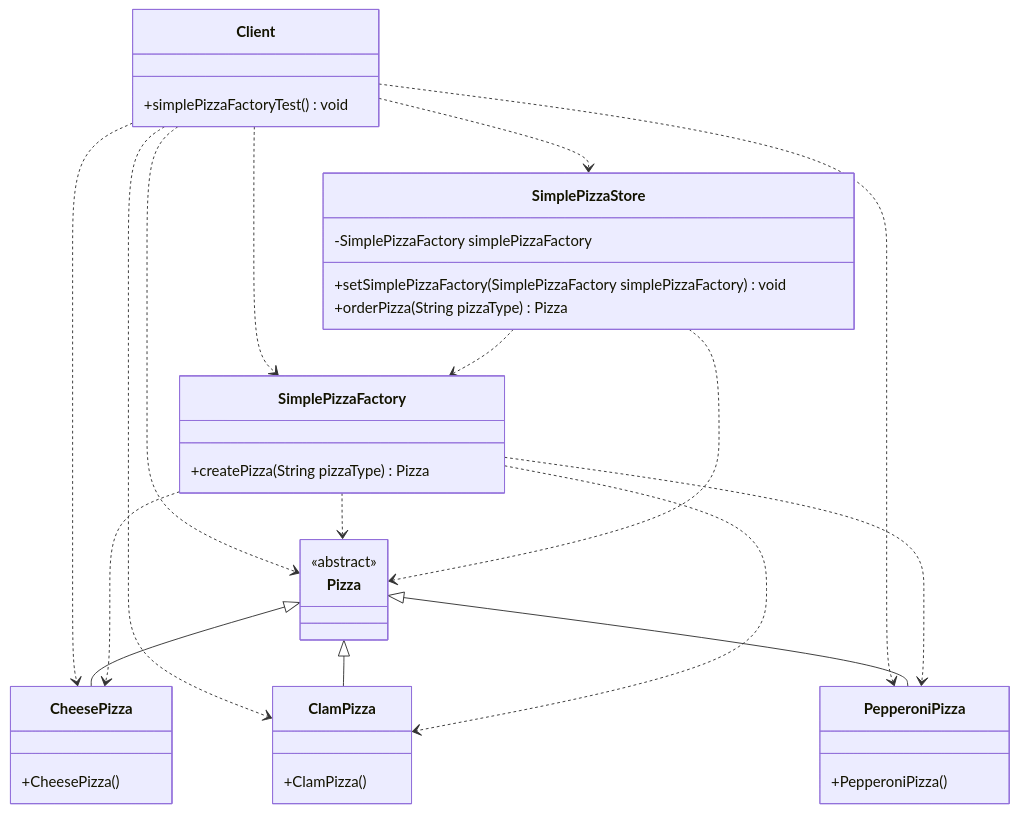
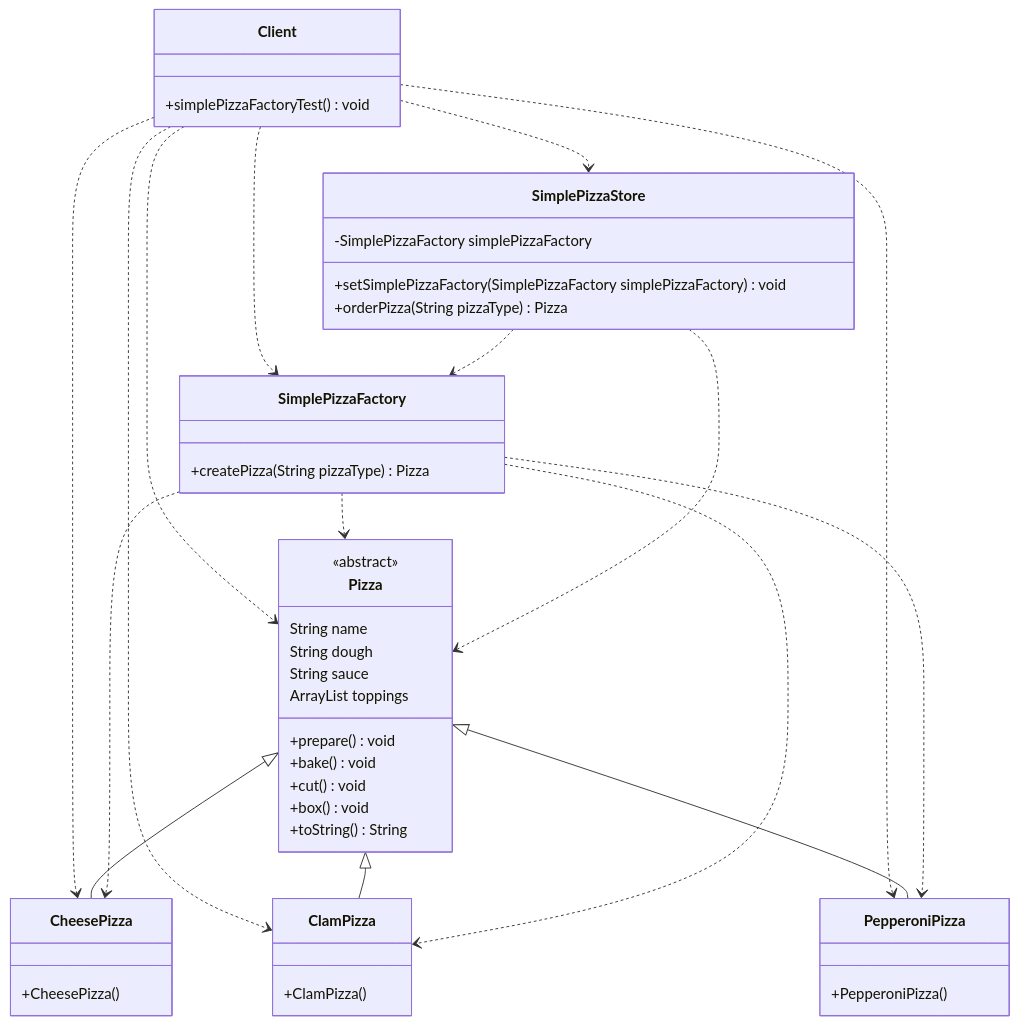
Diagram 16 of 17 in general/designpattern/designpattern-java/designpattern-java.md (lingwh1995/books), drawn with Mermaid before and after one commit. The commit also changed other lines of this file and 1 other file, not shown here.

````diff
--- a/general/designpattern/designpattern-java/designpattern-java.md
+++ b/general/designpattern/designpattern-java/designpattern-java.md
@@ -802,39 +823,50 @@
 ```mermaid
 classDiagram
     Client ..> SimplePizzaStore
     Client ..> SimplePizzaFactory
     Client ..> Pizza
     Client ..> CheesePizza
     Client ..> ClamPizza
     Client ..> PepperoniPizza
     Pizza <|-- CheesePizza
     Pizza <|-- ClamPizza
     Pizza <|-- PepperoniPizza
     SimplePizzaFactory ..> Pizza
     SimplePizzaFactory ..> CheesePizza
     SimplePizzaFactory ..> ClamPizza
     SimplePizzaFactory ..> PepperoniPizza
     SimplePizzaStore ..> Pizza
     SimplePizzaStore ..> SimplePizzaFactory
+    class Pizza {
+        String name
+	    String dough
+	    String sauce
+	    ArrayList<String> toppings
+	    +prepare() void
+	    +bake() void
+	    +cut() void
+	    +box() void
+	    +toString() String
+    }
     class CheesePizza{
         +CheesePizza()
     }
     class ClamPizza{
         +ClamPizza()
     }
     class PepperoniPizza {
         +PepperoniPizza()
     }
     class SimplePizzaFactory {
         +createPizza(String pizzaType) Pizza
     }
     class SimplePizzaStore {
         -SimplePizzaFactory simplePizzaFactory
         +setSimplePizzaFactory(SimplePizzaFactory simplePizzaFactory) void
         +orderPizza(String pizzaType) Pizza
     }
     class Client {
         +simplePizzaFactoryTest() void
     }
     <<abstract>> Pizza
 ```
````
